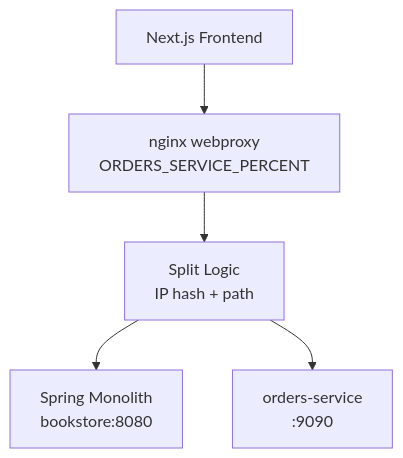
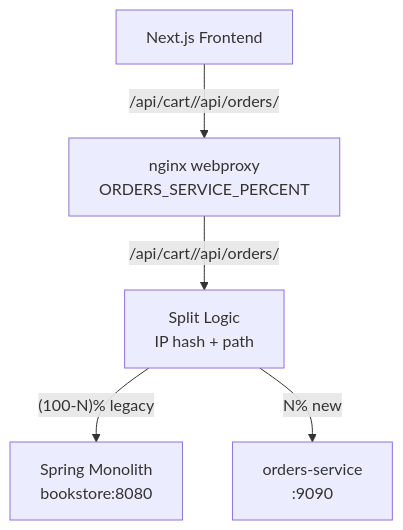
One commit to philipz/spring-modular-monolith changed the second of 4 diagrams in docs/deepwiki/Traffic-Migration-Strategy.md. Above: the diagram before and after it, drawn with Mermaid. The commit also changed other lines of this file and 55 other files, not shown here.

````diff
--- a/docs/deepwiki/Traffic-Migration-Strategy.md
+++ b/docs/deepwiki/Traffic-Migration-Strategy.md
@@ -54,14 +54,14 @@
 ```mermaid
 flowchart TD
 
 Client["Next.js Frontend"]
 Nginx["nginx webproxy<br>ORDERS_SERVICE_PERCENT"]
 Decision["Split Logic<br>IP hash + path"]
 Monolith["Spring Monolith<br>bookstore:8080"]
 OrdersSvc["orders-service<br>:9090"]
 
-Client --> Nginx
-Nginx --> Decision
-Decision --> Monolith
-Decision --> OrdersSvc
+Client -->|"/api/cart//api/orders/"| Nginx
+Nginx -->|"/api/cart//api/orders/"| Decision
+Decision -->|"(100-N)% legacy"| Monolith
+Decision -->|"N% new"| OrdersSvc
 ```
````
